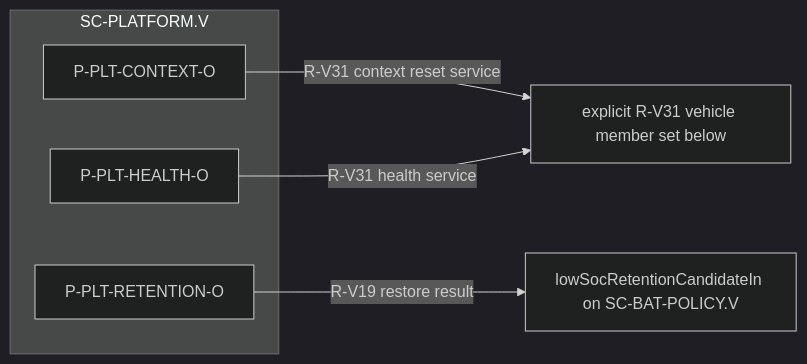
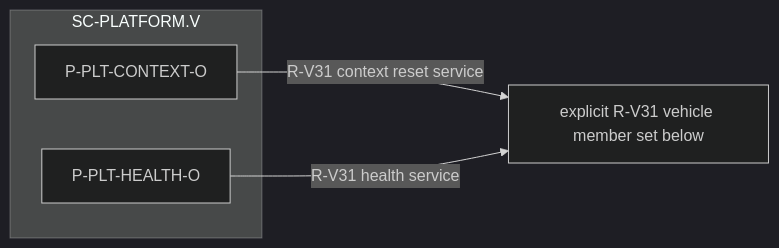
One commit to dhellhake/X2CityMCU changed the fourth of 4 diagrams in .devenv/Architecture/SoftwareArchitecture/ARCH-003_Software_Architecture.md. Above: the diagram before and after it, drawn with Mermaid (dark theme). The commit also changed other lines of this file and 71 other files, not shown here.

````diff
--- a/.devenv/Architecture/SoftwareArchitecture/ARCH-003_Software_Architecture.md
+++ b/.devenv/Architecture/SoftwareArchitecture/ARCH-003_Software_Architecture.md
@@ -351,11 +349,9 @@
 ```mermaid
 flowchart LR
     subgraph PLT[SC-PLATFORM.V]
         PVCO[P-PLT-CONTEXT-O]
-        PVRO[P-PLT-RETENTION-O]
         PVHO[P-PLT-HEALTH-O]
     end
     PVCO -->|R-V31 context reset service| VC[explicit R-V31 vehicle member set below]
     PVHO -->|R-V31 health service| VC
-    PVRO -->|R-V19 restore result| BP[lowSocRetentionCandidateIn on SC-BAT-POLICY.V]
 ```
````
